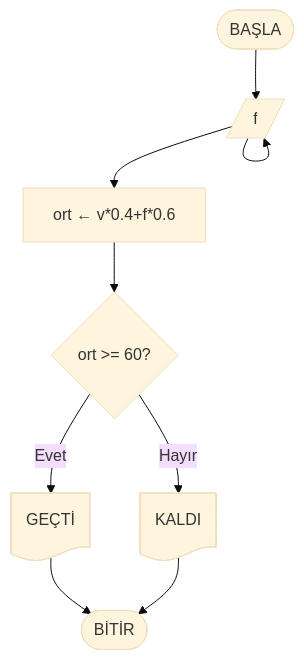
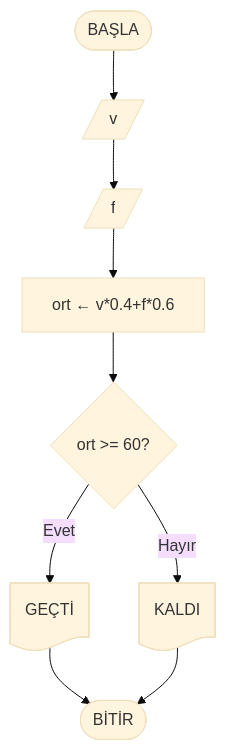
Before and after one commit to ibrahimayaz/Algoritma-ve-Programlamaya-Giris-2025: the sixth of 10 diagrams in Hafta02/ders_icerik.md, drawn with Mermaid (base theme).

Commit message:
NotHesaplama Duzeltildi

````diff
--- a/Hafta02/ders_icerik.md
+++ b/Hafta02/ders_icerik.md
@@ -598,7 +598,7 @@
 ```mermaid
 flowchart TD
-  start([BAŞLA]) --> inScores[/v/] --> inScores[/f/] --> calc[ort ← v*0.4+f*0.6]
+  start([BAŞLA]) --> in1[/v/] --> in2[/f/] --> calc[ort ← v*0.4+f*0.6]
   calc --> passCheck{ort >= 60?}
   passCheck -- Evet --> pass@{ shape: doc, label: "GEÇTİ" } --> endNode([BİTİR])
   passCheck -- Hayır --> fail@{ shape: doc, label: "KALDI" } --> endNode
 ```
````
